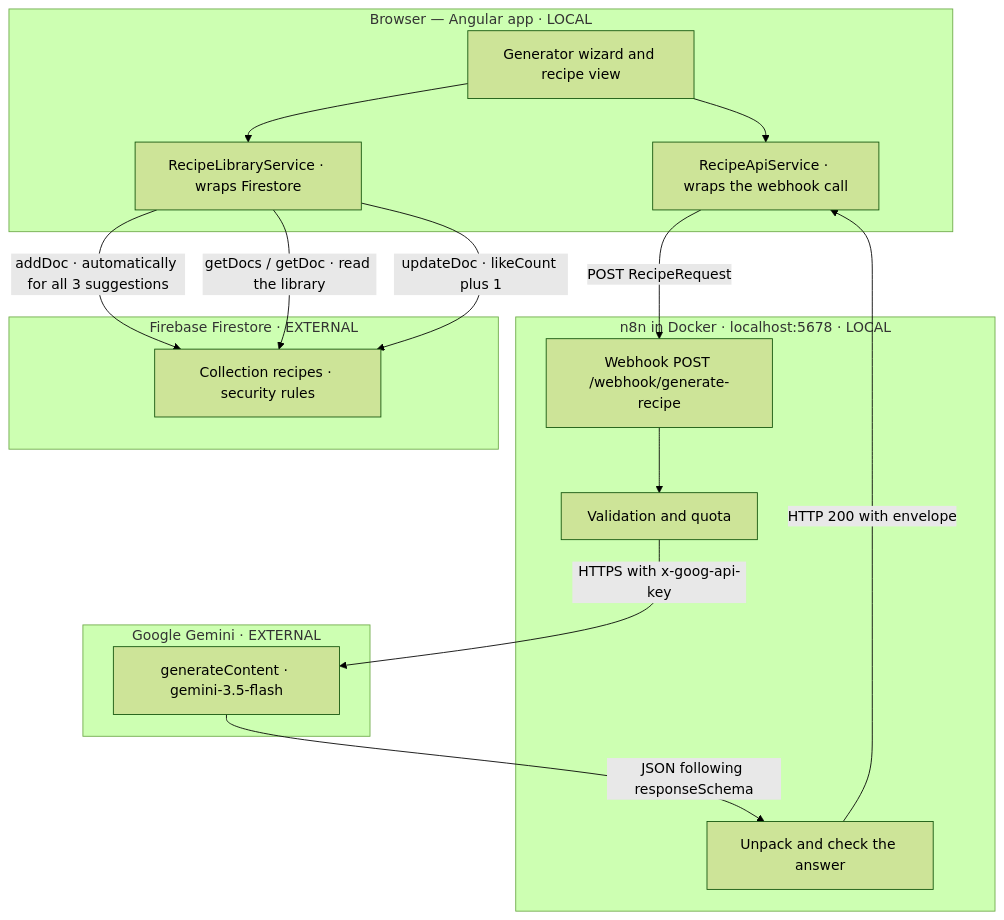
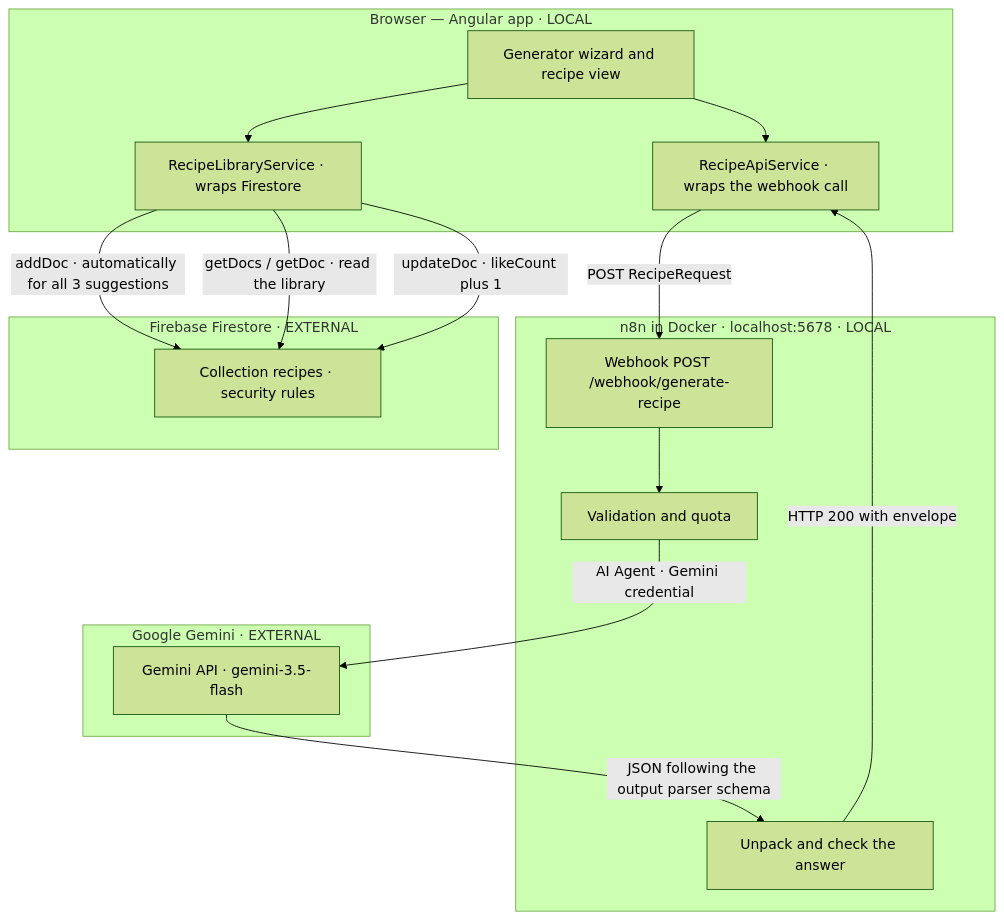
Before and after one commit to ttoebbe/code-a-cuisine: the diagram in docs/architecture.md, drawn with Mermaid (forest theme). The commit also changed other lines of this file and 4 other files, not shown here.

First line of the commit message:
refactor(n8n): call Gemini through the AI Agent node

````diff
--- a/docs/architecture.md
+++ b/docs/architecture.md
@@ -7,35 +7,35 @@
 ```mermaid
 flowchart TB
   subgraph browser["Browser — Angular app · LOCAL"]
     ui["Generator wizard and recipe view"]
     apiSvc["RecipeApiService · wraps the webhook call"]
     libSvc["RecipeLibraryService · wraps Firestore"]
   end
 
   subgraph n8nbox["n8n in Docker · localhost:5678 · LOCAL"]
     hook["Webhook POST /webhook/generate-recipe"]
     guard["Validation and quota"]
     mapai["Unpack and check the answer"]
   end
 
   subgraph google["Google Gemini · EXTERNAL"]
-    gemini["generateContent · gemini-3.5-flash"]
+    gemini["Gemini API · gemini-3.5-flash"]
   end
 
   subgraph firebase["Firebase Firestore · EXTERNAL"]
     store["Collection recipes · security rules"]
   end
 
   ui --> apiSvc
   ui --> libSvc
 
   apiSvc -- "POST RecipeRequest" --> hook
   hook --> guard
-  guard -- "HTTPS with x-goog-api-key" --> gemini
-  gemini -- "JSON following responseSchema" --> mapai
+  guard -- "AI Agent · Gemini credential" --> gemini
+  gemini -- "JSON following the output parser schema" --> mapai
   mapai -- "HTTP 200 with envelope" --> apiSvc
 
   libSvc -- "addDoc · automatically for all 3 suggestions" --> store
   libSvc -- "getDocs / getDoc · read the library" --> store
   libSvc -- "updateDoc · likeCount plus 1" --> store
 ```
````
